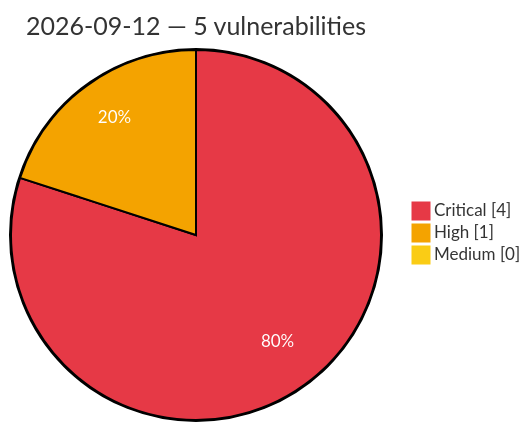
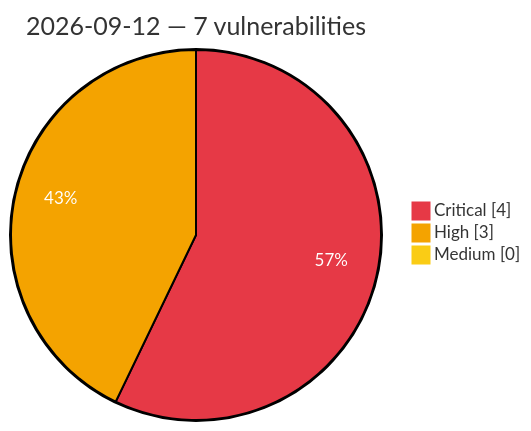
The diagram in vulnerabilities/2026/September/2026-09-12.md (GhostX0X/vuln-tracker), drawn with Mermaid before and after one commit. The commit also changed other lines of this file and 5 other files, not shown here.

````diff
--- a/vulnerabilities/2026/September/2026-09-12.md
+++ b/vulnerabilities/2026/September/2026-09-12.md
@@ -3,8 +3,8 @@
 ```mermaid
 %%{init: {'theme':'base', 'themeVariables': {'pie1':'#e63946', 'pie2':'#f4a300', 'pie3':'#facc15', 'pieOpacity':'1', 'pieOuterStrokeWidth':'2px', 'pieSectionTextColor':'#ffffff'}}}%%
 pie showData
-    title 2026-09-12 — 5 vulnerabilities
+    title 2026-09-12 — 7 vulnerabilities
     "Critical" : 4
-    "High" : 1
+    "High" : 3
     "Medium" : 0
 ```
````
